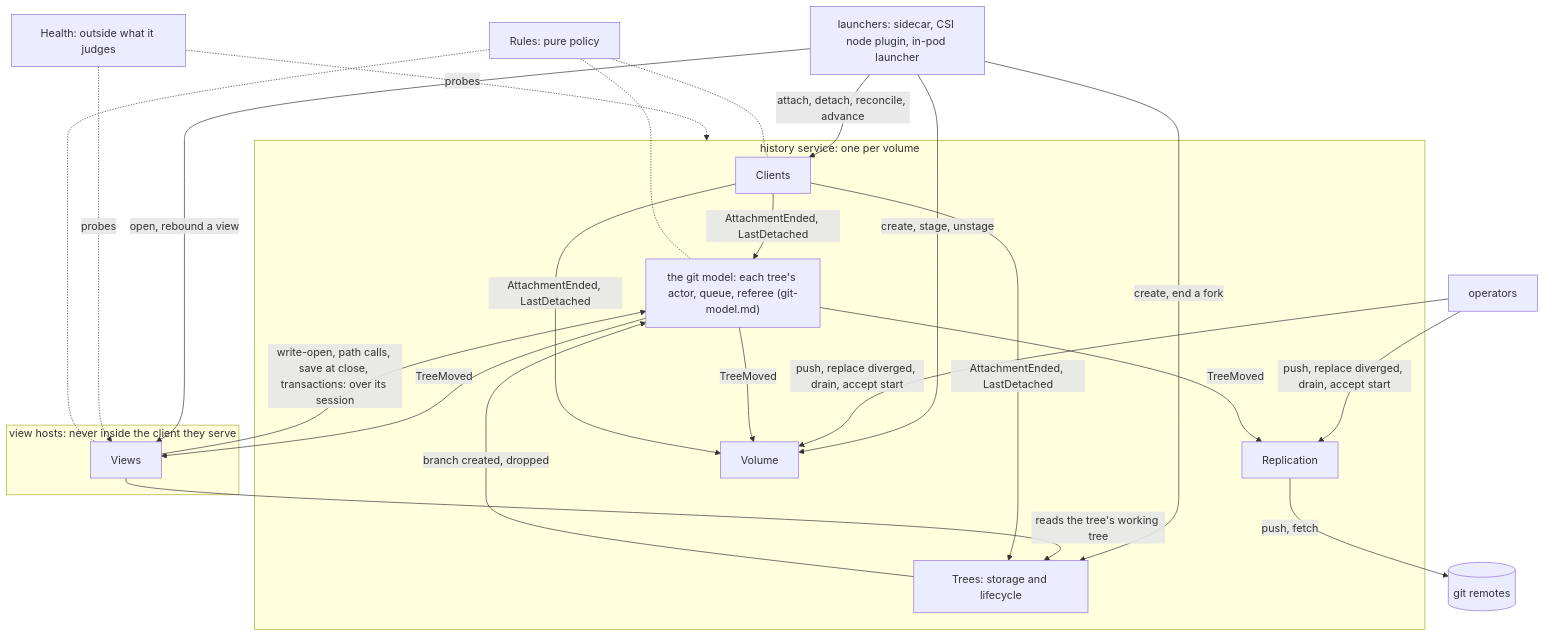
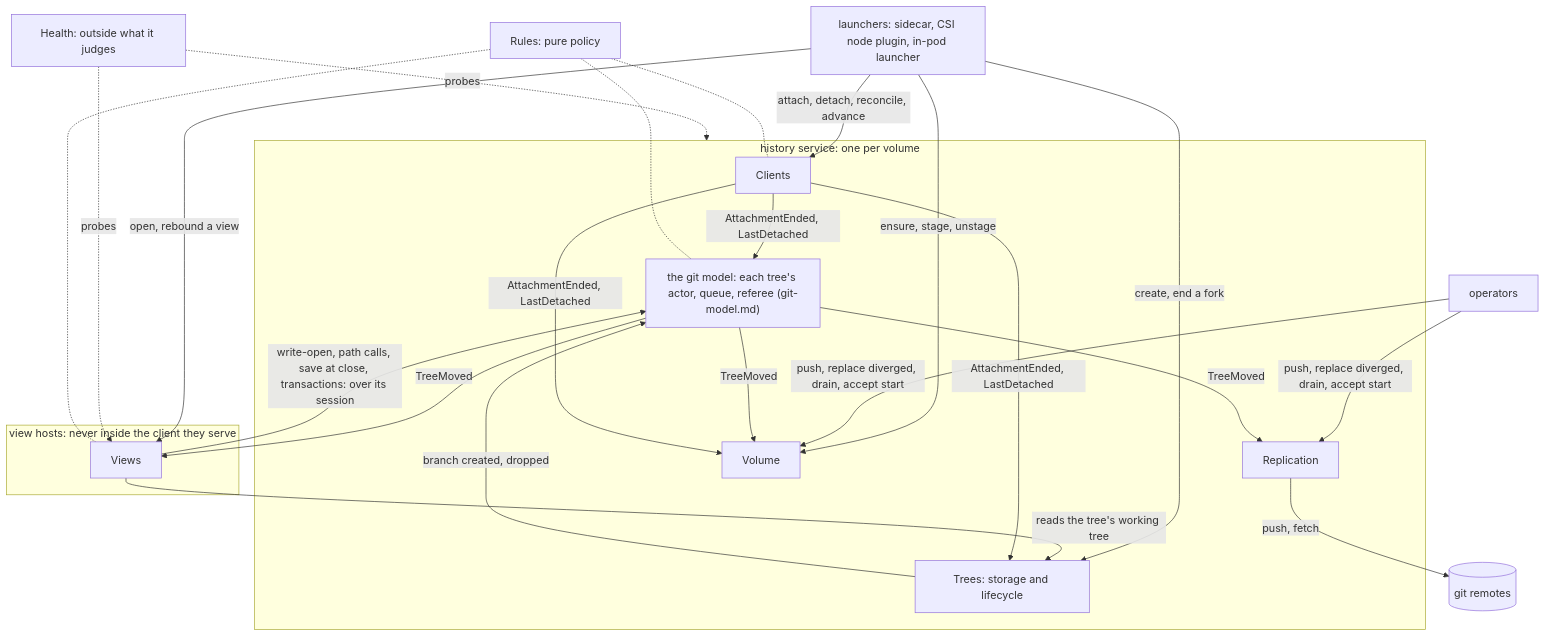
The diagram in docs/target-architecture/system.md (mcurcio/agentfs), drawn with Mermaid before and after one commit. The commit also changed 10 other files, not shown here.

````diff
--- a/docs/target-architecture/system.md
+++ b/docs/target-architecture/system.md
@@ -23,31 +23,31 @@
 ```mermaid
 flowchart TB
   LA["launchers: sidecar, CSI node plugin, in-pod launcher"]
   OP["operators"]
   RM[("git remotes")]
   subgraph VHS["view hosts: never inside the client they serve"]
     V["Views"]
   end
   subgraph HS["history service: one per volume"]
     CL["Clients"]
     G["the git model: each tree's actor, queue, referee (git-model.md)"]
     TR["Trees: storage and lifecycle"]
     RP["Replication"]
     VO["Volume"]
   end
   HE["Health: outside what it judges"]
   RU["Rules: pure policy"]
   LA -->|attach, detach, reconcile, advance| CL
   LA -->|create, end a fork| TR
   LA -->|open, rebound a view| V
-  LA -->|create, stage, unstage| VO
+  LA -->|ensure, stage, unstage| VO
   OP -->|push, replace diverged, drain, accept start| RP & VO
   V -->|write-open, path calls, save at close, transactions: over its session| G
   V -->|reads the tree's working tree| TR
   G -->|TreeMoved| V & RP & VO
   CL -->|AttachmentEnded, LastDetached| G & TR & VO
   TR -->|branch created, dropped| G
   RP -->|push, fetch| RM
   HE -.->|probes| V & HS
   RU -.- V & G & CL
 ```
````
